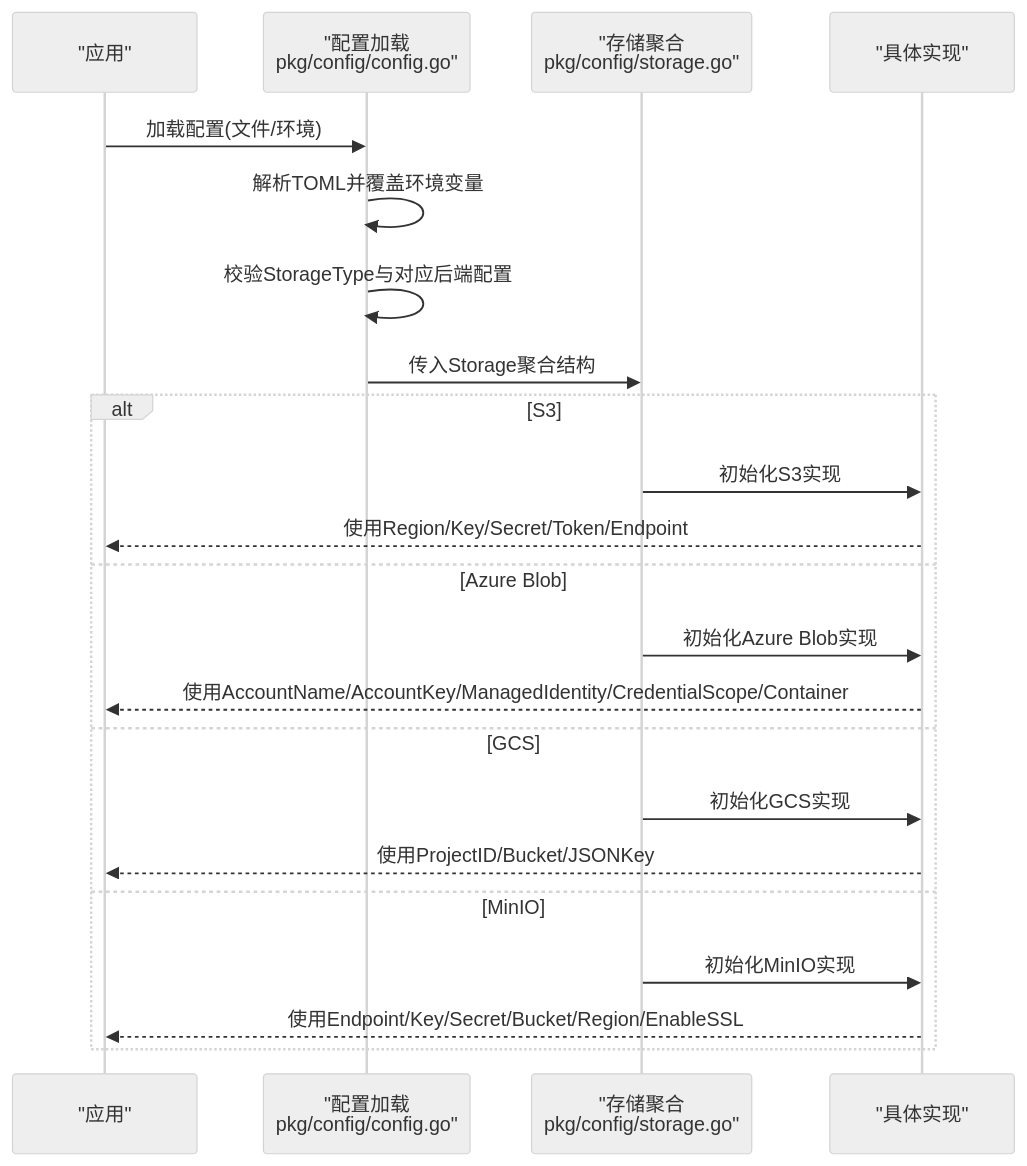
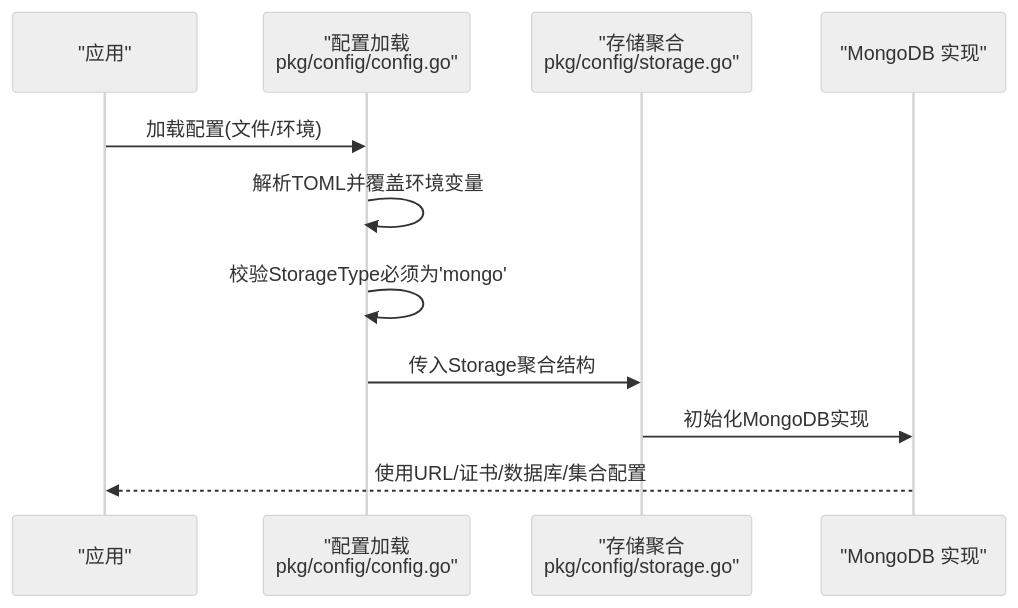
The second of 3 diagrams in .qoder/repowiki/zh/content/配置参考/存储后端配置/云存储配置/云存储配置.md (leimeng-go/athens), drawn with Mermaid (neutral theme) before and after one commit. The commit also changed other lines of this file and 14 other files, not shown here.

````diff
--- a/.qoder/repowiki/zh/content/配置参考/存储后端配置/云存储配置/云存储配置.md
+++ b/.qoder/repowiki/zh/content/配置参考/存储后端配置/云存储配置/云存储配置.md
@@ -116,24 +86,13 @@
 ```mermaid
 sequenceDiagram
 participant App as "应用"
 participant Cfg as "配置加载<br/>pkg/config/config.go"
 participant S as "存储聚合<br/>pkg/config/storage.go"
-participant Impl as "具体实现"
+participant Impl as "MongoDB 实现"
 App->>Cfg : 加载配置(文件/环境)
 Cfg->>Cfg : 解析TOML并覆盖环境变量
-Cfg->>Cfg : 校验StorageType与对应后端配置
+Cfg->>Cfg : 校验StorageType必须为'mongo'
 Cfg->>S : 传入Storage聚合结构
-alt S3
-S->>Impl : 初始化S3实现
-Impl-->>App : 使用Region/Key/Secret/Token/Endpoint
-else Azure Blob
-S->>Impl : 初始化Azure Blob实现
-Impl-->>App : 使用AccountName/AccountKey/ManagedIdentity/CredentialScope/Container
-else GCS
-S->>Impl : 初始化GCS实现
-Impl-->>App : 使用ProjectID/Bucket/JSONKey
-else MinIO
-S->>Impl : 初始化MinIO实现
-Impl-->>App : 使用Endpoint/Key/Secret/Bucket/Region/EnableSSL
-end
+S->>Impl : 初始化MongoDB实现
+Impl-->>App : 使用URL/证书/数据库/集合配置
 ```
````
